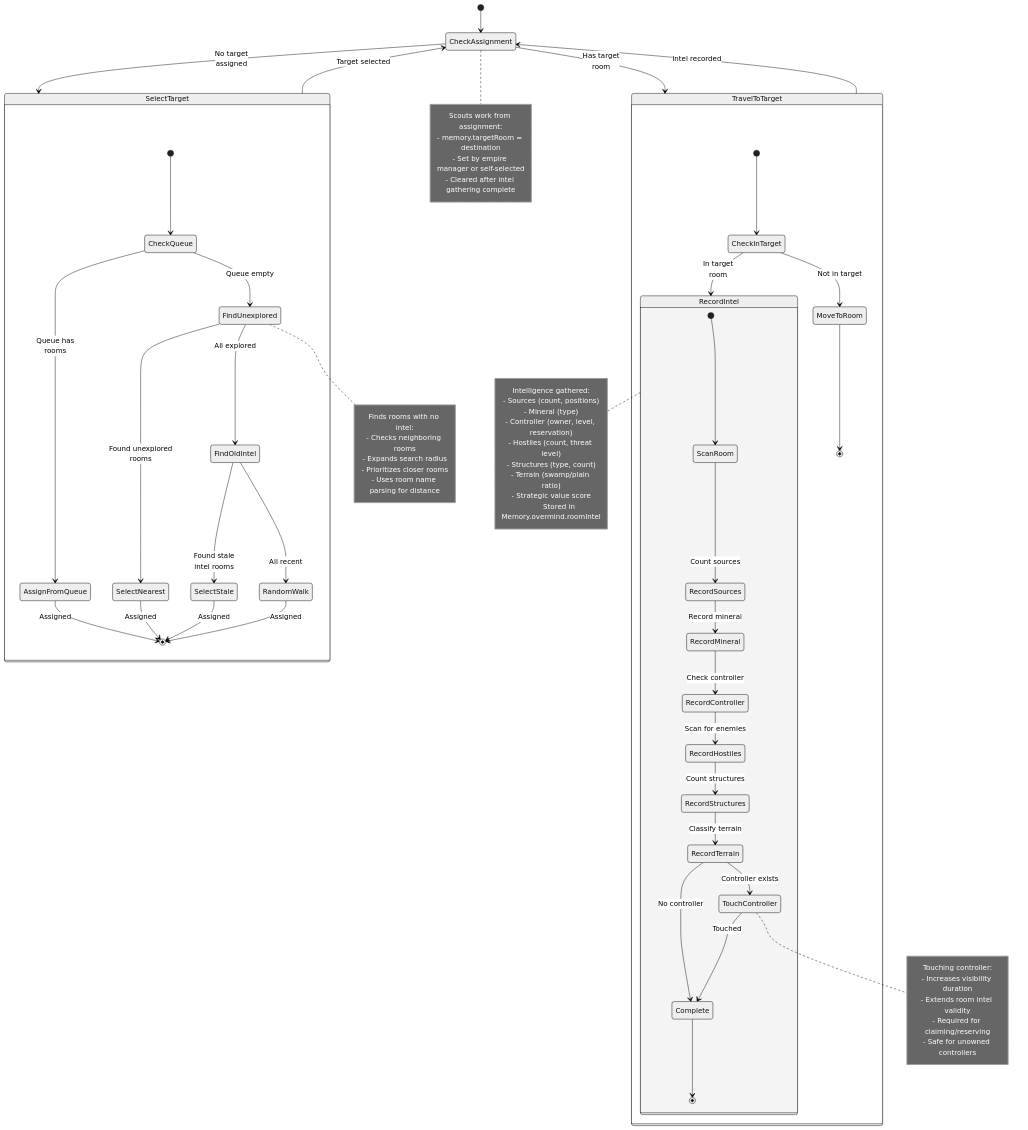
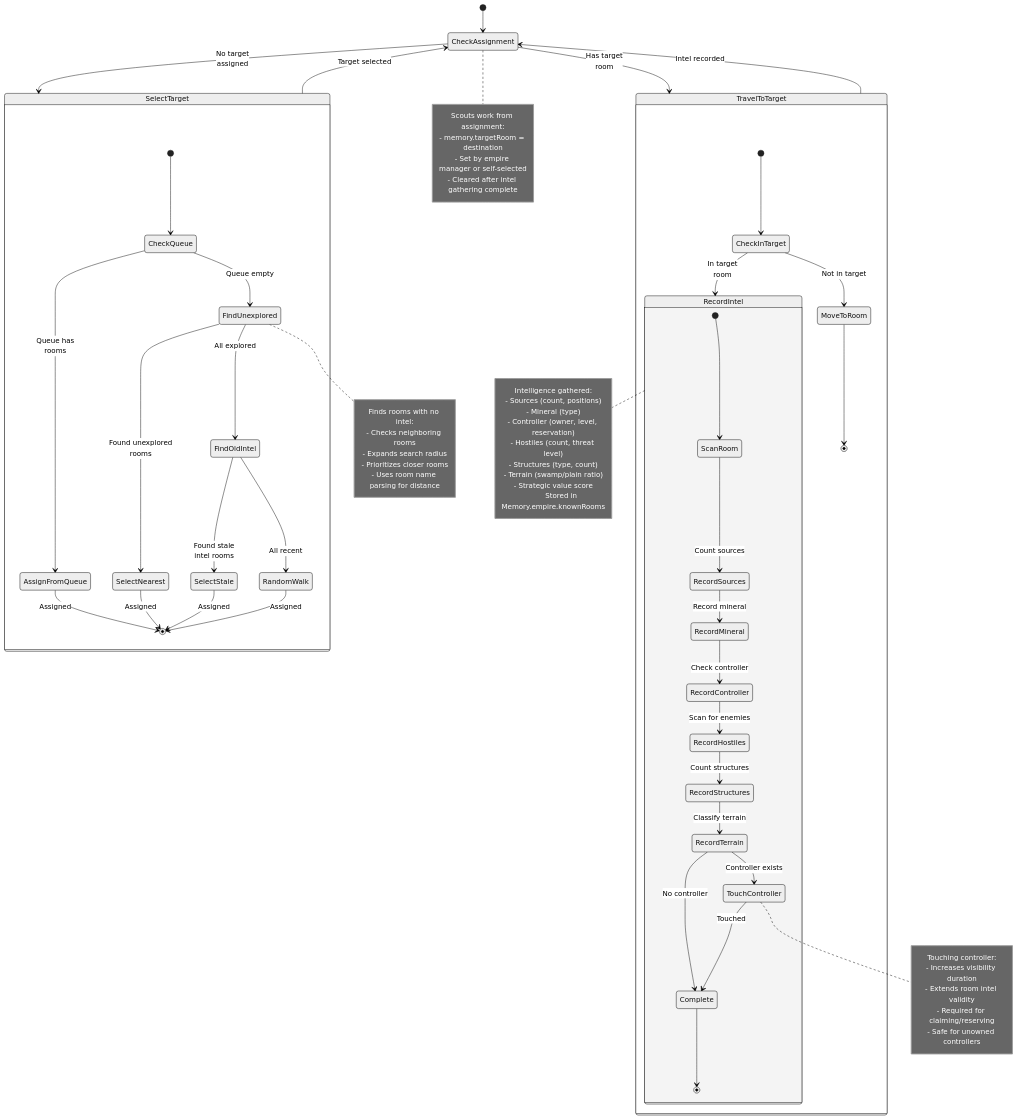
Before and after one commit to ralphschuler/screeps: the diagram in docs/state-machines/utility/scout.md, drawn with Mermaid (neutral theme). The commit also changed 17 other files, not shown here.

First line of the commit message:
refactor: Remove deprecated OvermindMemory and unused code (#1009)

```diff
--- a/docs/state-machines/utility/scout.md
+++ b/docs/state-machines/utility/scout.md
@@ -88,7 +88,7 @@
         - Terrain (swamp/plain ratio)
         - Strategic value score
         
-        Stored in Memory.overmind.roomIntel
+        Stored in Memory.empire.knownRooms
     end note
     
     note right of TouchController
```
